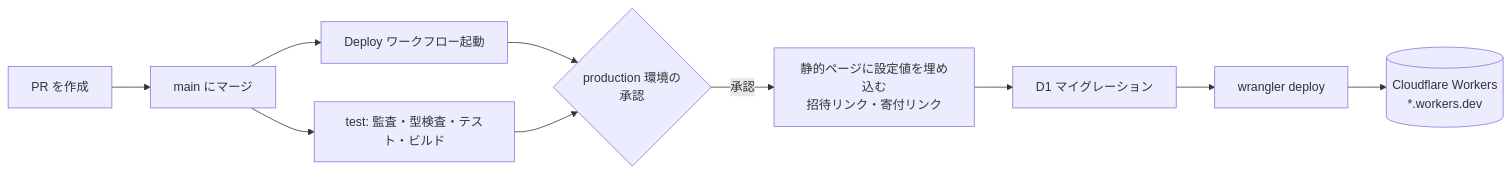
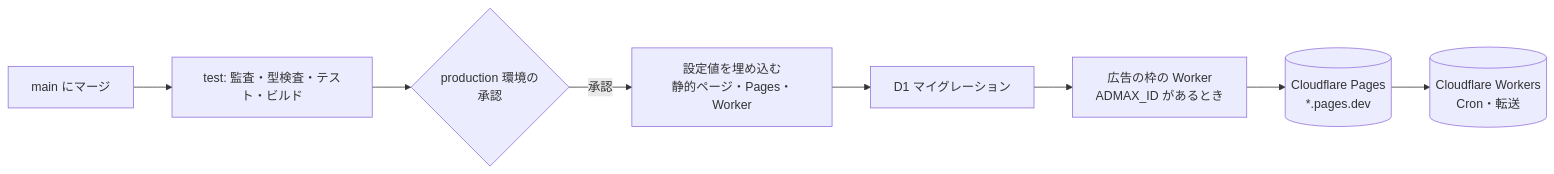
One commit to etlit-r/DIscheduler changed the fourth of 4 diagrams in docs/design.md. Above: the diagram before and after it, drawn with Mermaid. The commit also changed other lines of this file and 13 other files, not shown here.

First line of the commit message:
本体を Cloudflare Pages に移し、Worker を Cron と旧アドレスの転送の担当にする

````diff
--- a/docs/design.md
+++ b/docs/design.md
@@ -936,12 +951,10 @@
 ```mermaid
 flowchart LR
-  PR[PR を作成] --> M[main にマージ]
-  M --> W[Deploy ワークフロー起動]
-  W --> A{production 環境の<br/>承認}
-  M --> T[test: 監査・型検査・テスト・ビルド]
-  T --> A
-  A -- 承認 --> R[静的ページに設定値を埋め込む<br/>招待リンク・寄付リンク]
+  M[main にマージ] --> T[test: 監査・型検査・テスト・ビルド]
+  T --> A{production 環境の<br/>承認}
+  A -- 承認 --> R[設定値を埋め込む<br/>静的ページ・Pages・Worker]
   R --> MG[D1 マイグレーション]
-  MG --> D[wrangler deploy]
-  D --> CF[(Cloudflare Workers<br/>*.workers.dev)]
+  MG --> AD[広告の枠の Worker<br/>ADMAX_ID があるとき]
+  AD --> P[(Cloudflare Pages<br/>*.pages.dev)]
+  P --> W[(Cloudflare Workers<br/>Cron・転送)]
 ```
````
